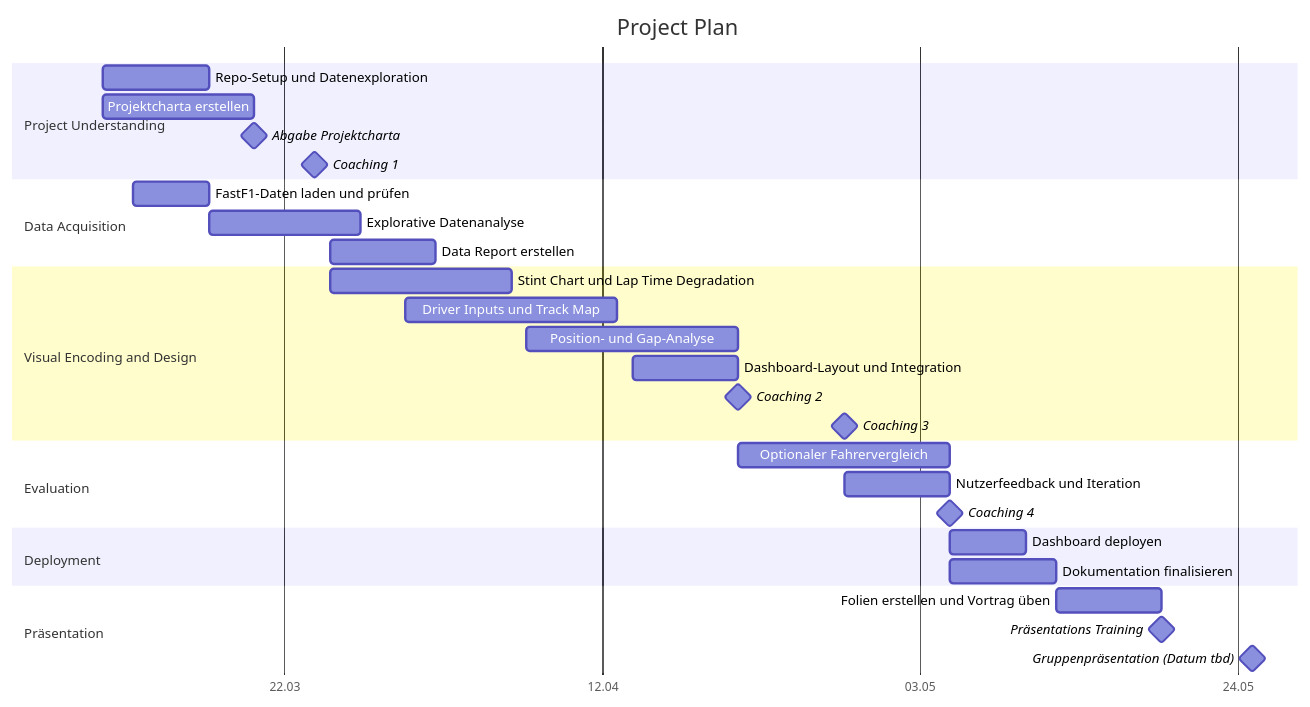
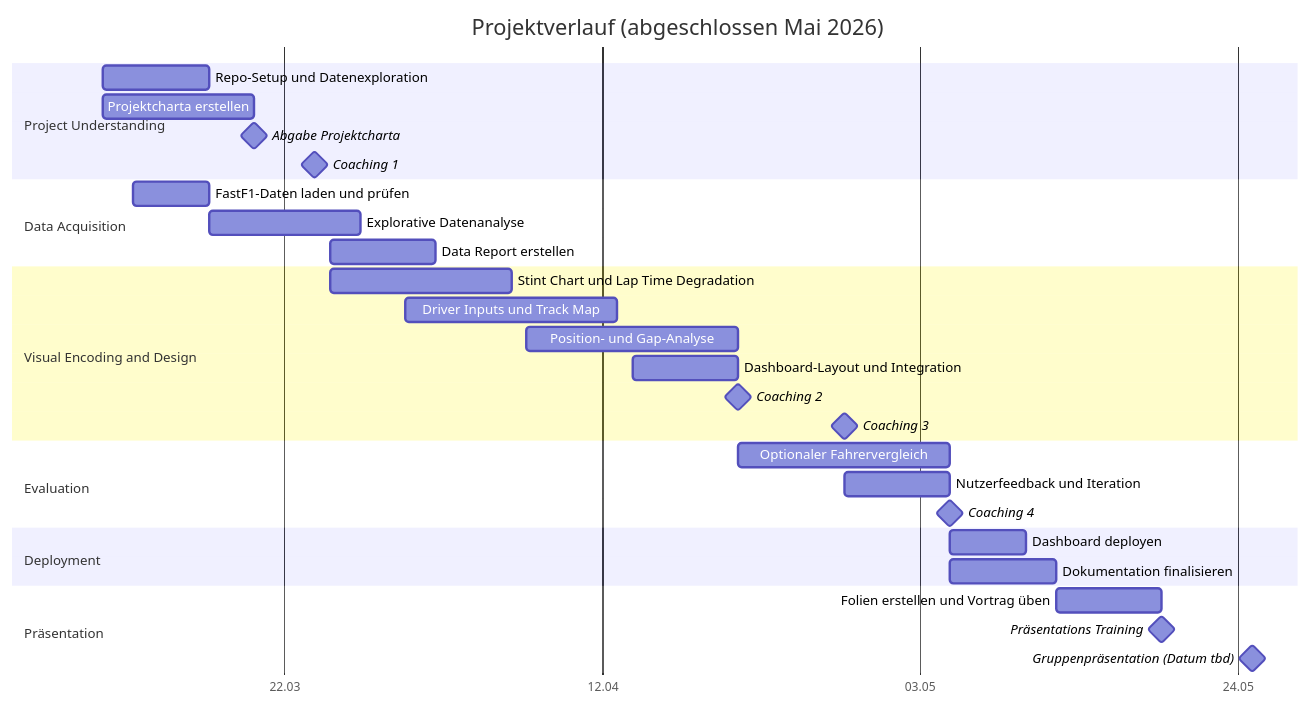
The second of 2 diagrams in docs/project_charta.qmd (vdss-fs26-ds24t/ds24t-3-fancyproject), drawn with Mermaid before and after one commit. The commit also changed other lines of this file and 3 other files, not shown here.

````diff
--- a/docs/project_charta.qmd
+++ b/docs/project_charta.qmd
@@ -298,41 +298,41 @@
 ```{mermaid}
 %%| label: fig-project-plan
 %%| fig-cap: Preliminary project plan.
 gantt
-    title Project Plan
+    title Projektverlauf (abgeschlossen Mai 2026)
     dateFormat YYYY-MM-DD
     axisFormat %d.%m
     tickInterval 3week
     section Project Understanding
         Repo-Setup und Datenexploration           :a1, 2026-03-10, 7d
         Projektcharta erstellen                   :a2, 2026-03-10, 10d
         Abgabe Projektcharta                      :milestone, m1, 2026-03-20, 0d
         Coaching 1                                :milestone, m2, 2026-03-24, 0d
 
     section Data Acquisition
         FastF1-Daten laden und prüfen             :a3, 2026-03-12, 5d
         Explorative Datenanalyse                  :a4, 2026-03-17, 10d
         Data Report erstellen                     :a5, 2026-03-25, 7d
 
     section Visual Encoding and Design
         Stint Chart und Lap Time Degradation       :a6, 2026-03-25, 12d
         Driver Inputs und Track Map                :a7, 2026-03-30, 14d
         Position- und Gap-Analyse                  :a8, 2026-04-07, 14d
         Dashboard-Layout und Integration           :a9, 2026-04-14, 7d
         Coaching 2                                 :milestone, m3, 2026-04-21, 0d
         Coaching 3                                 :milestone, m4, 2026-04-28, 0d
 
     section Evaluation
         Optionaler Fahrervergleich                 :a10, 2026-04-21, 14d
         Nutzerfeedback und Iteration               :a11, 2026-04-28, 7d
         Coaching 4                                 :milestone, m5, 2026-05-05, 0d
 
     section Deployment
         Dashboard deployen                         :a12, 2026-05-05, 5d
         Dokumentation finalisieren                 :a13, 2026-05-05, 7d
 
     section Präsentation
         Folien erstellen und Vortrag üben          :a14, 2026-05-12, 7d
         Präsentations Training                      :milestone, m6, 2026-05-19, 0d
         Gruppenpräsentation (Datum tbd)            :milestone, m7, 2026-05-25, 0d
 ```
````
